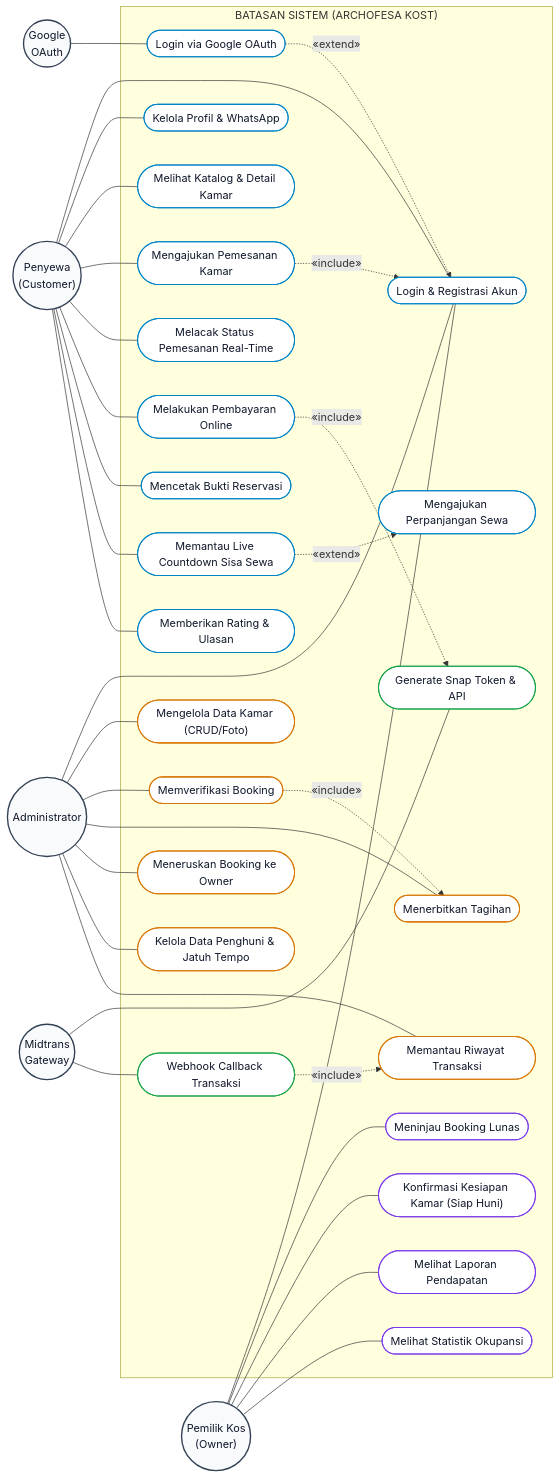
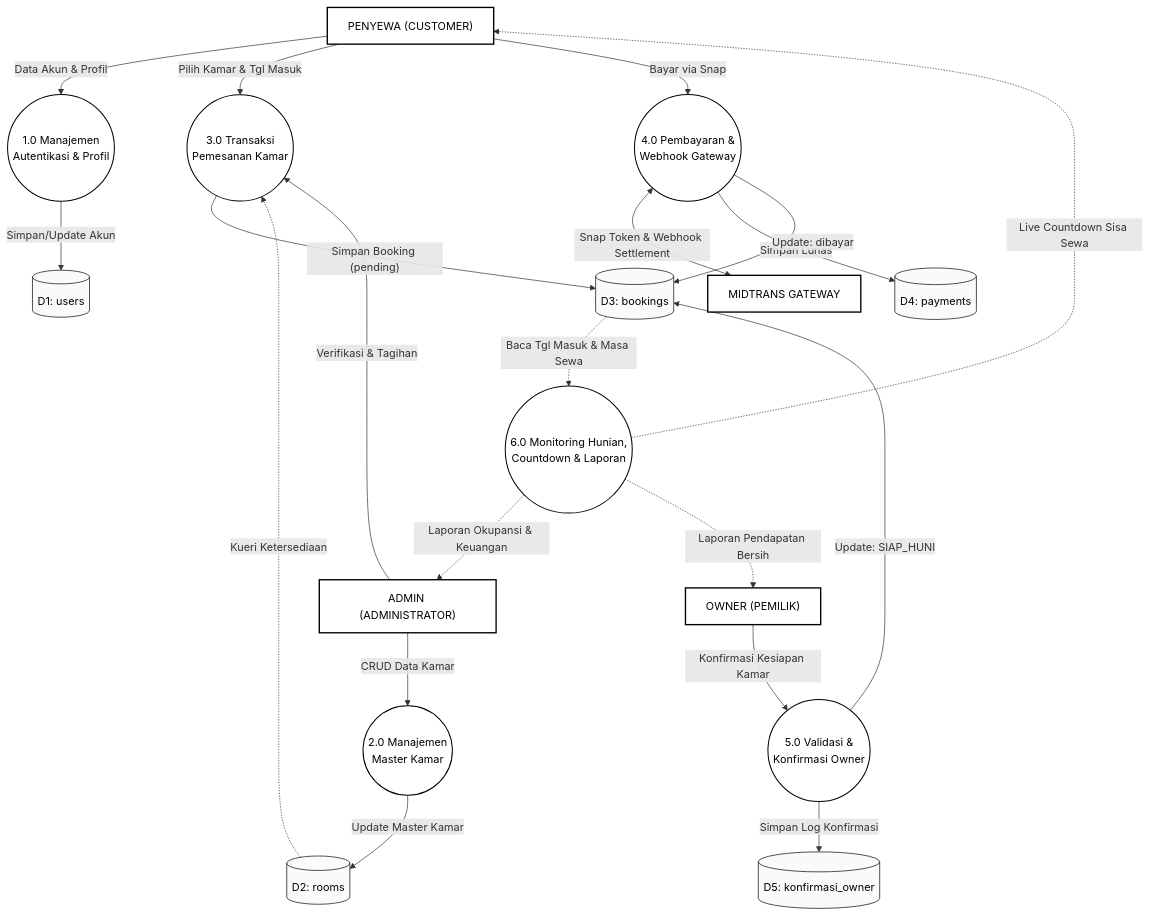
Before and after one commit to Zhafar-d/Archofesa: the second of 5 diagrams in FLOW_DIAGRAM.md, drawn with Mermaid. The commit also changed other lines of this file and 40 other files, not shown here.

Commit message:
feat: integrasi WhatsApp bot pengingat jatuh tempo, login no telepon, kelengkapan CRUD delete admin owner, dan diagram CDM DFD

````diff
--- a/FLOW_DIAGRAM.md
+++ b/FLOW_DIAGRAM.md
@@ -52,79 +54,55 @@
 ```mermaid
-flowchart LR
-    classDef actor fill:#f8fafc,stroke:#334155,stroke-width:2px,color:#0f172a;
-    classDef uc fill:#ffffff,stroke:#0284c7,stroke-width:1.5px,color:#0f172a;
-    classDef ucAdmin fill:#ffffff,stroke:#d97706,stroke-width:1.5px,color:#0f172a;
-    classDef ucOwner fill:#ffffff,stroke:#7c3aed,stroke-width:1.5px,color:#0f172a;
-    classDef ucMidtrans fill:#ffffff,stroke:#16a34a,stroke-width:1.5px,color:#0f172a;
+flowchart TD
+    classDef proc fill:#ffffff,stroke:#000000,stroke-width:1.5px,color:#000000;
+    classDef ds fill:#f8fafc,stroke:#000000,stroke-width:1px,color:#000000;
+    classDef ext fill:#ffffff,stroke:#000000,stroke-width:2px,color:#000000;
 
-    subgraph SYSTEM["BATASAN SISTEM (ARCHOFESA KOST)"]
-        UC_AUTH(["Login & Registrasi Akun"]):::uc
-        UC_GOOGLE(["Login via Google OAuth"]):::uc
-        UC_PROFILE(["Kelola Profil & WhatsApp"]):::uc
+    CUST["PENYEWA (CUSTOMER)"]:::ext
+    ADMIN["ADMIN (ADMINISTRATOR)"]:::ext
+    OWNER["OWNER (PEMILIK)"]:::ext
+    MIDTRANS["MIDTRANS GATEWAY"]:::ext
 
-        UC_BROWSE(["Melihat Katalog & Detail Kamar"]):::uc
-        UC_BOOKING(["Mengajukan Pemesanan Kamar"]):::uc
-        UC_TRACK(["Melacak Status Pemesanan Real-Time"]):::uc
-        UC_PAY(["Melakukan Pembayaran Online"]):::uc
-        UC_SNAP(["Generate Snap Token & API"]):::ucMidtrans
-        UC_BUKTI(["Mencetak Bukti Reservasi"]):::uc
-        UC_COUNTDOWN(["Memantau Live Countdown Sisa Sewa"]):::uc
-        UC_EXTEND(["Mengajukan Perpanjangan Sewa"]):::uc
-        UC_REVIEW(["Memberikan Rating & Ulasan"]):::uc
+    P1(("1.0 Manajemen<br>Autentikasi & Profil")):::proc
+    P2(("2.0 Manajemen<br>Master Kamar")):::proc
+    P3(("3.0 Transaksi<br>Pemesanan Kamar")):::proc
+    P4(("4.0 Pembayaran &<br>Webhook Gateway")):::proc
+    P5(("5.0 Validasi &<br>Konfirmasi Owner")):::proc
+    P6(("6.0 Monitoring Hunian,<br>Countdown & Laporan")):::proc
 
-        UC_KAMAR(["Mengelola Data Kamar (CRUD/Foto)"]):::ucAdmin
-        UC_VERIFY(["Memverifikasi Booking"]):::ucAdmin
-        UC_INVOICE(["Menerbitkan Tagihan"]):::ucAdmin
-        UC_FORWARD(["Meneruskan Booking ke Owner"]):::ucAdmin
-        UC_PENGHUNI(["Kelola Data Penghuni & Jatuh Tempo"]):::ucAdmin
-        UC_TX(["Memantau Riwayat Transaksi"]):::ucAdmin
+    D1[("D1: users")]:::ds
+    D2[("D2: rooms")]:::ds
+    D3[("D3: bookings")]:::ds
+    D4[("D4: payments")]:::ds
+    D5[("D5: konfirmasi_owner")]:::ds
 
-        UC_REVIEW_OWNER(["Meninjau Booking Lunas"]):::ucOwner
-        UC_CONFIRM(["Konfirmasi Kesiapan Kamar (Siap Huni)"]):::ucOwner
-        UC_REPORT_FIN(["Melihat Laporan Pendapatan"]):::ucOwner
-        UC_REPORT_OCC(["Melihat Statistik Okupansi"]):::ucOwner
-        UC_WEBHOOK(["Webhook Callback Transaksi"]):::ucMidtrans
-    end
+    %% Aliran Proses 1.0
+    CUST -->|"Data Akun & Profil"| P1
+    P1 -->|"Simpan/Update Akun"| D1
 
-    CUST(("Penyewa<br>(Customer)")):::actor
-    ADMIN(("Administrator")):::actor
-    OWNER(("Pemilik Kos<br>(Owner)")):::actor
-    MIDTRANS(("Midtrans<br>Gateway")):::actor
-    GOOGLE(("Google<br>OAuth")):::actor
+    %% Aliran Proses 2.0
+    ADMIN -->|"CRUD Data Kamar"| P2
+    P2 -->|"Update Master Kamar"| D2
 
-    CUST --- UC_AUTH
-    CUST --- UC_PROFILE
-    CUST --- UC_BROWSE
-    CUST --- UC_BOOKING
-    CUST --- UC_TRACK
-    CUST --- UC_PAY
-    CUST --- UC_BUKTI
-    CUST --- UC_COUNTDOWN
-    CUST --- UC_REVIEW
+    %% Aliran Proses 3.0
+    CUST -->|"Pilih Kamar & Tgl Masuk"| P3
+    D2 -.->|"Kueri Ketersediaan"| P3
+    P3 -->|"Simpan Booking (pending)"| D3
+    ADMIN -->|"Verifikasi & Tagihan"| P3
 
-    GOOGLE --- UC_GOOGLE
-    UC_GOOGLE -.->|&laquo;extend&raquo;| UC_AUTH
+    %% Aliran Proses 4.0
+    CUST -->|"Bayar via Snap"| P4
+    P4 <-->|"Snap Token & Webhook Settlement"| MIDTRANS
+    P4 -->|"Simpan Lunas"| D4
+    P4 -->|"Update: dibayar"| D3
 
-    ADMIN --- UC_AUTH
-    ADMIN --- UC_KAMAR
-    ADMIN --- UC_VERIFY
-    ADMIN --- UC_INVOICE
-    ADMIN --- UC_FORWARD
-    ADMIN --- UC_PENGHUNI
-    ADMIN --- UC_TX
+    %% Aliran Proses 5.0
+    OWNER -->|"Konfirmasi Kesiapan Kamar"| P5
+    P5 -->|"Simpan Log Konfirmasi"| D5
+    P5 -->|"Update: SIAP_HUNI"| D3
 
-    OWNER --- UC_AUTH
-    OWNER --- UC_REVIEW_OWNER
-    OWNER --- UC_CONFIRM
-    OWNER --- UC_REPORT_FIN
-    OWNER --- UC_REPORT_OCC
-
-    MIDTRANS --- UC_SNAP
-    MIDTRANS --- UC_WEBHOOK
-
-    UC_BOOKING -.->|&laquo;include&raquo;| UC_AUTH
-    UC_PAY -.->|&laquo;include&raquo;| UC_SNAP
-    UC_COUNTDOWN -.->|&laquo;extend&raquo;| UC_EXTEND
-    UC_VERIFY -.->|&laquo;include&raquo;| UC_INVOICE
-    UC_WEBHOOK -.->|&laquo;include&raquo;| UC_TX
+    %% Aliran Proses 6.0
+    D3 -.->|"Baca Tgl Masuk & Masa Sewa"| P6
+    P6 -.->|"Live Countdown Sisa Sewa"| CUST
+    P6 -.->|"Laporan Okupansi & Keuangan"| ADMIN
+    P6 -.->|"Laporan Pendapatan Bersih"| OWNER
 ```
````
